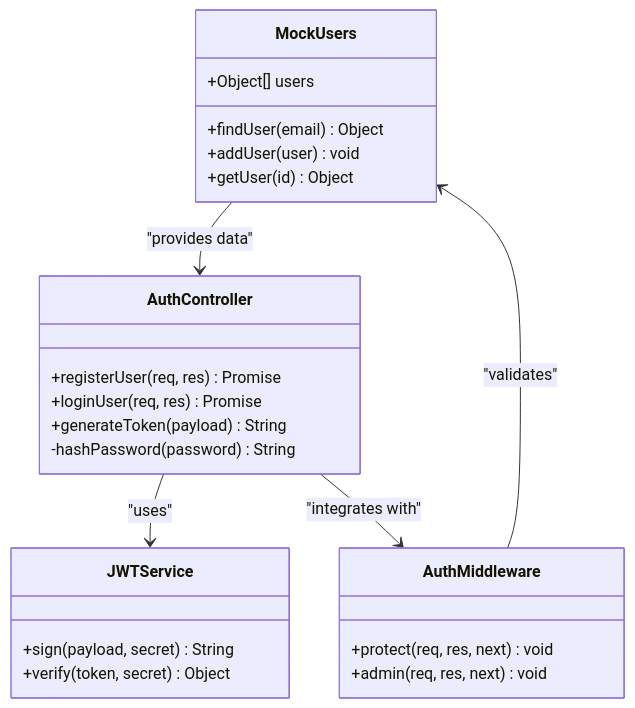
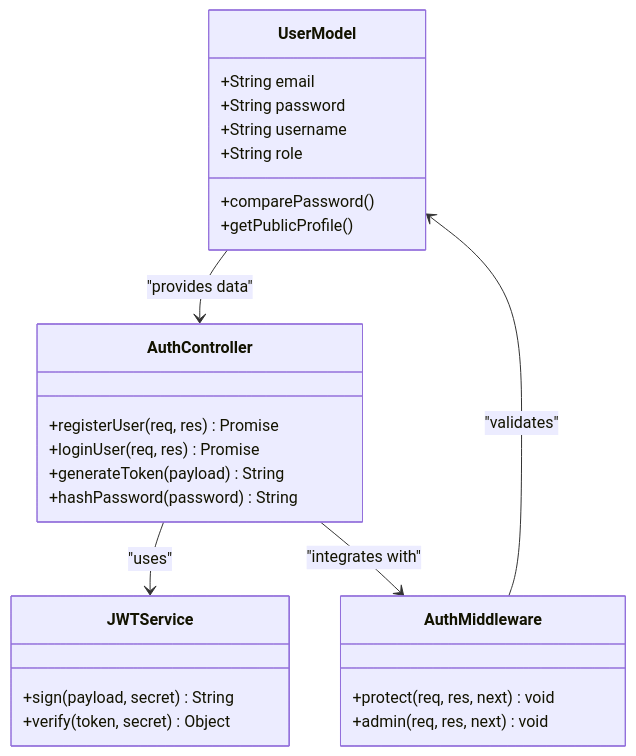
The third of 8 diagrams in .qoder/repowiki/en/content/Data Models and Database Schema/Mock Database Implementation.md (ganesh-NB/readsphere), drawn with Mermaid before and after one commit. The commit also changed other lines of this file and 46 other files, not shown here.

````diff
--- a/.qoder/repowiki/en/content/Data Models and Database Schema/Mock Database Implementation.md
+++ b/.qoder/repowiki/en/content/Data Models and Database Schema/Mock Database Implementation.md
@@ -171,27 +204,29 @@
 ```mermaid
 classDiagram
-class MockUsers {
-+Object[] users
-+findUser(email) Object
-+addUser(user) void
-+getUser(id) Object
+class UserModel {
++String email
++String password
++String username
++String role
++comparePassword()
++getPublicProfile()
 }
 class AuthController {
 +registerUser(req, res) Promise
 +loginUser(req, res) Promise
 +generateToken(payload) String
--hashPassword(password) String
++hashPassword(password) String
 }
 class AuthMiddleware {
 +protect(req, res, next) void
 +admin(req, res, next) void
 }
 class JWTService {
 +sign(payload, secret) String
 +verify(token, secret) Object
 }
-MockUsers --> AuthController : "provides data"
+UserModel --> AuthController : "provides data"
 AuthController --> JWTService : "uses"
 AuthController --> AuthMiddleware : "integrates with"
-AuthMiddleware --> MockUsers : "validates"
+AuthMiddleware --> UserModel : "validates"
 ```
````
